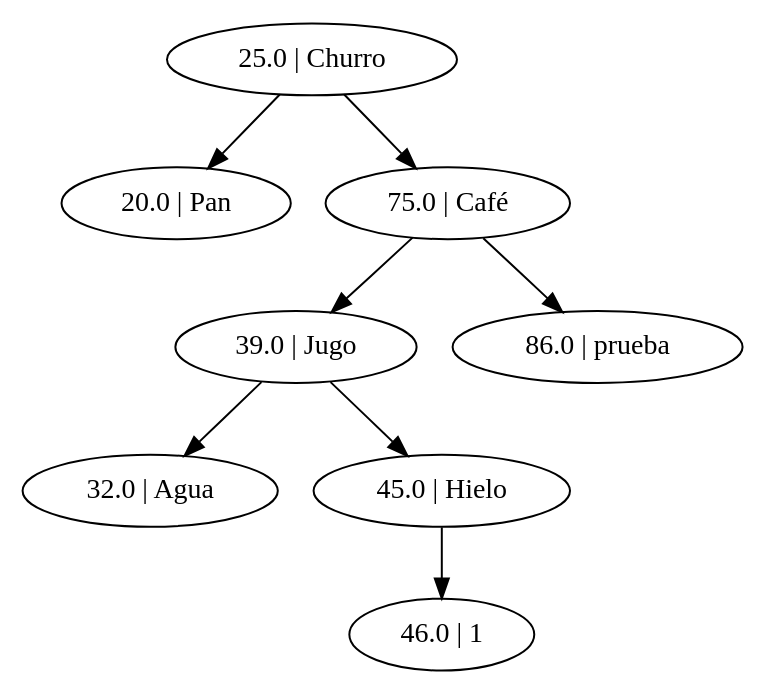
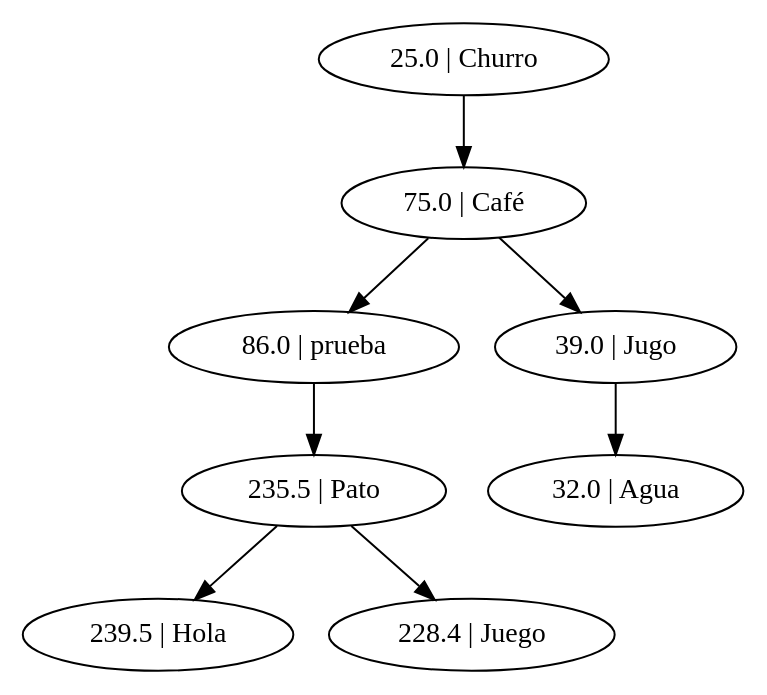
One commit to BryanBlacks/Algoritmos-y-Estructuras-de-Datos changed the diagram in Unidad I/PAC III 2019/Proyecto 1/Python/Memoria/test.dot. Above: the diagram before and after it, drawn with Graphviz. The commit also changed 14 other files, not shown here.

```diff
--- a/Unidad I/PAC III 2019/Proyecto 1/Python/Memoria/test.dot
+++ b/Unidad I/PAC III 2019/Proyecto 1/Python/Memoria/test.dot
@@ -1,9 +1,9 @@
-strict digraph "" {
-	"25.0 | Churro" -> "20.0 | Pan";
+strict digraph  {
+	"235.5 | Pato" -> "239.5 | Hola";
+	"235.5 | Pato" -> "228.4 | Juego";
+	"86.0 | prueba" -> "235.5 | Pato";
+	"39.0 | Jugo" -> "32.0 | Agua";
+	"75.0 | Café" -> "86.0 | prueba";
+	"75.0 | Café" -> "39.0 | Jugo";
 	"25.0 | Churro" -> "75.0 | Café";
-	"75.0 | Café" -> "39.0 | Jugo";
-	"75.0 | Café" -> "86.0 | prueba";
-	"39.0 | Jugo" -> "32.0 | Agua";
-	"39.0 | Jugo" -> "45.0 | Hielo";
-	"45.0 | Hielo" -> "46.0 | 1";
 }
```
